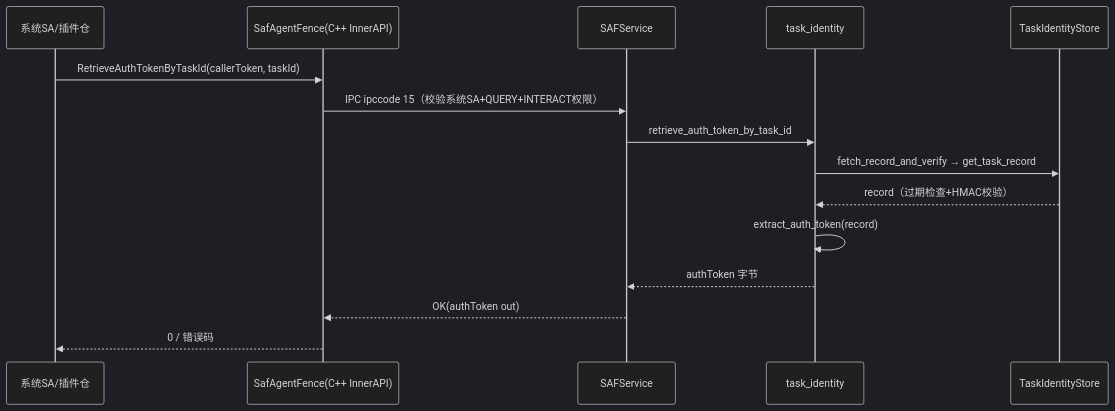
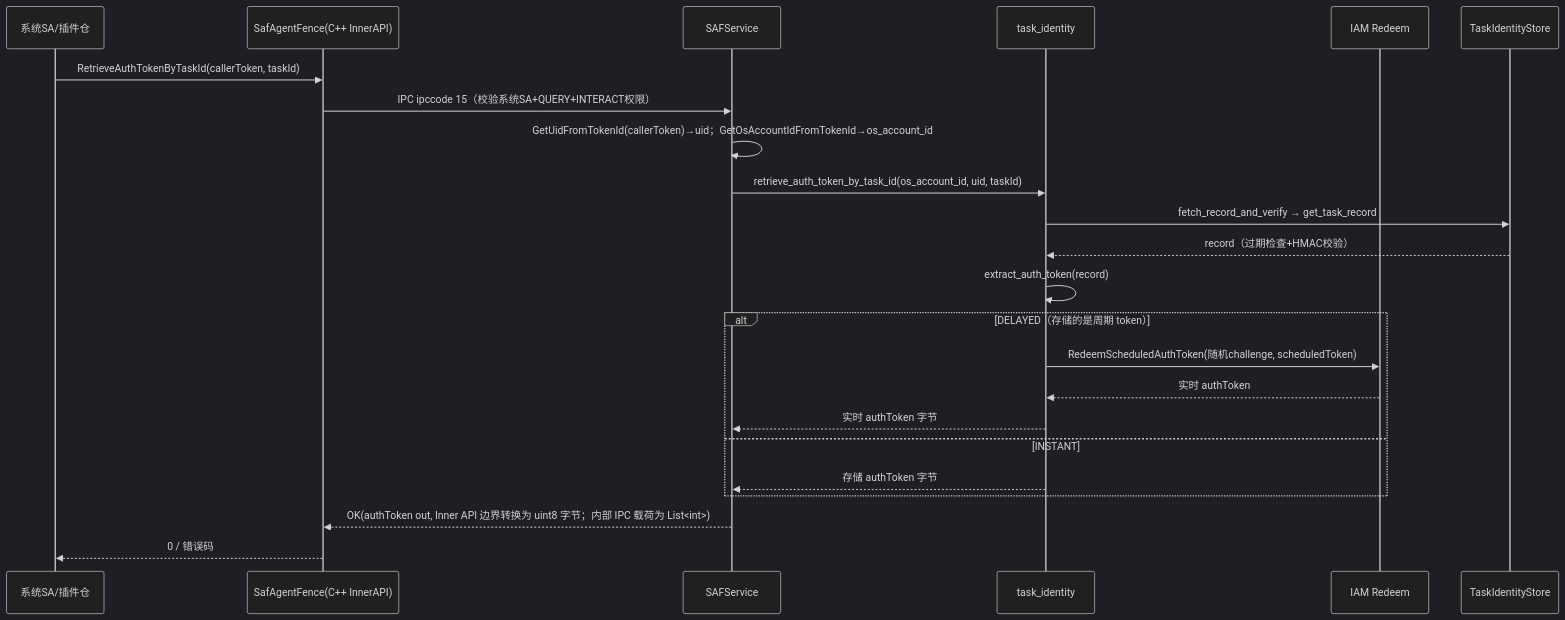
One commit to eclipse-oniro-mirrors/security_asset changed the fourth of 8 diagrams in .codespec/changes/20260905541319/design.md. Above: the diagram before and after it, drawn with Mermaid (dark theme). The commit also changed other lines of this file and 35 other files, not shown here.

````diff
--- a/.codespec/changes/20260905541319/design.md
+++ b/.codespec/changes/20260905541319/design.md
@@ -304,17 +312,25 @@
 ```mermaid
 sequenceDiagram
   participant CSA as 系统SA/插件仓
   participant FW as SafAgentFence(C++ InnerAPI)
   participant SA as SAFService
   participant TI as task_identity
+  participant IAM as IAM Redeem
   participant ST as TaskIdentityStore
   CSA->>FW: RetrieveAuthTokenByTaskId(callerToken, taskId)
   FW->>SA: IPC ipccode 15（校验系统SA+QUERY+INTERACT权限）
-  SA->>TI: retrieve_auth_token_by_task_id
+  SA->>SA: GetUidFromTokenId(callerToken)→uid；GetOsAccountIdFromTokenId→os_account_id
+  SA->>TI: retrieve_auth_token_by_task_id(os_account_id, uid, taskId)
   TI->>ST: fetch_record_and_verify → get_task_record
   ST-->>TI: record（过期检查+HMAC校验）
   TI->>TI: extract_auth_token(record)
-  TI-->>SA: authToken 字节
-  SA-->>FW: OK(authToken out)
+  alt DELAYED（存储的是周期 token）
+    TI->>IAM: RedeemScheduledAuthToken(随机challenge, scheduledToken)
+    IAM-->>TI: 实时 authToken
+    TI-->>SA: 实时 authToken 字节
+  else INSTANT
+    TI-->>SA: 存储 authToken 字节
+  end
+    SA-->>FW: OK(authToken out, Inner API 边界转换为 uint8 字节；内部 IPC 载荷为 List<int>)
   FW-->>CSA: 0 / 错误码
 ```
````
